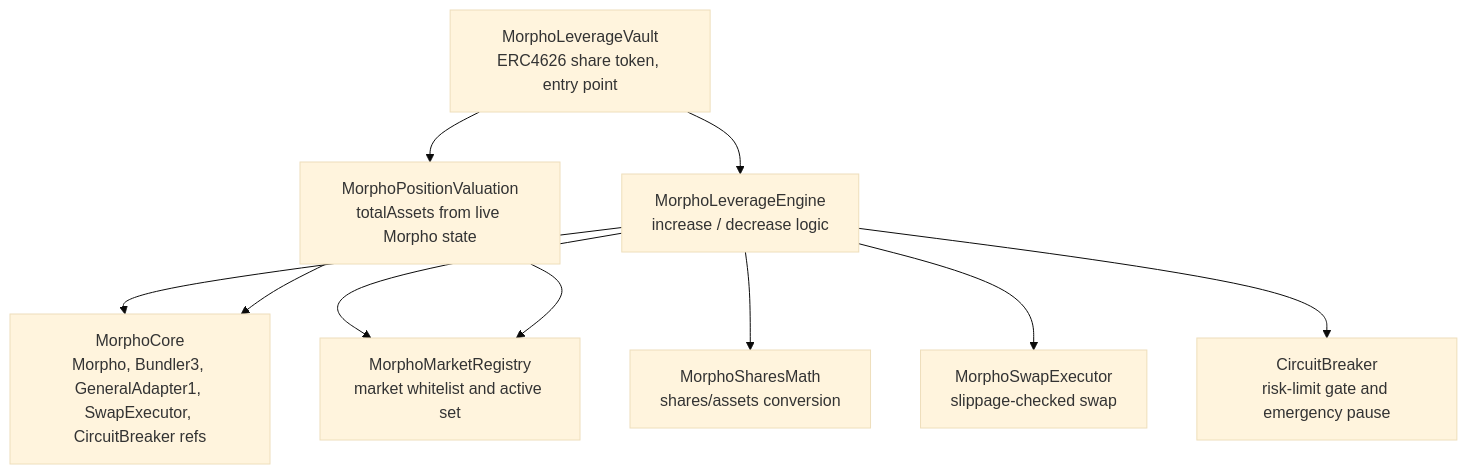
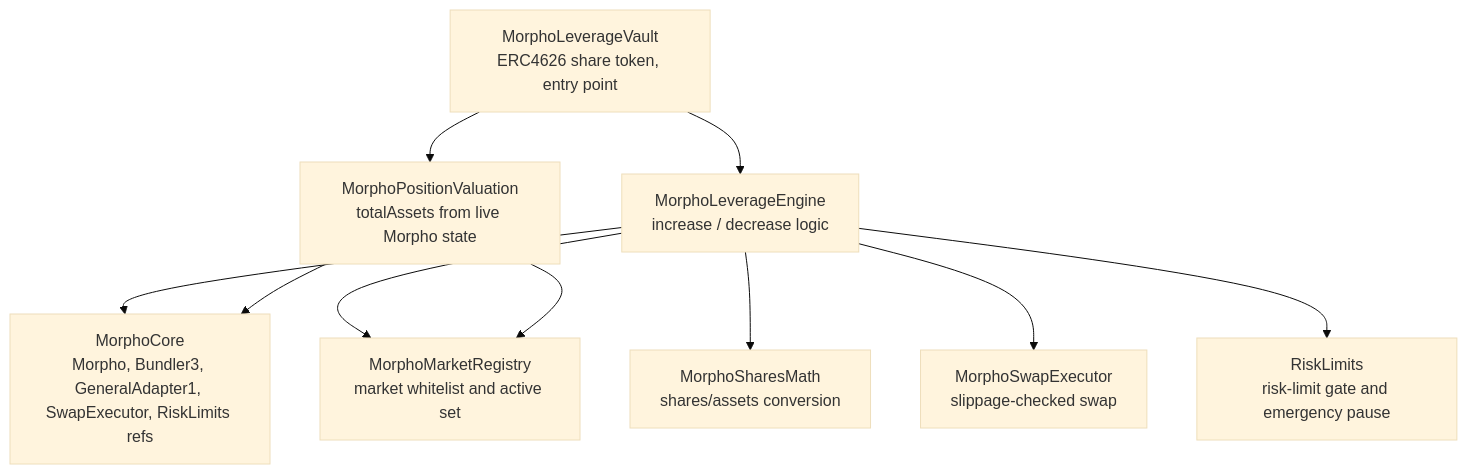
The first of 5 diagrams in README.md (pieakshat/Morpho-Controller), drawn with Mermaid (base theme) before and after one commit. The commit also changed other lines of this file and 16 other files, not shown here.

Commit message:
refactor: rename CircuitBreaker to RiskLimits, since it never self-trips and never blocks the decrease path

````diff
--- a/README.md
+++ b/README.md
@@ -23,13 +23,13 @@
 ```mermaid
 flowchart TD
     Vault["MorphoLeverageVault<br/>ERC4626 share token, entry point"]
     Vault --> Engine["MorphoLeverageEngine<br/>increase / decrease logic"]
     Vault --> Valuation["MorphoPositionValuation<br/>totalAssets from live Morpho state"]
-    Engine --> Core["MorphoCore<br/>Morpho, Bundler3, GeneralAdapter1, SwapExecutor, CircuitBreaker refs"]
+    Engine --> Core["MorphoCore<br/>Morpho, Bundler3, GeneralAdapter1, SwapExecutor, RiskLimits refs"]
     Engine --> Registry["MorphoMarketRegistry<br/>market whitelist and active set"]
     Engine --> SharesMath["MorphoSharesMath<br/>shares/assets conversion"]
     Engine --> SwapExec["MorphoSwapExecutor<br/>slippage-checked swap"]
-    Engine --> Breaker["CircuitBreaker<br/>risk-limit gate and emergency pause"]
+    Engine --> Limits["RiskLimits<br/>risk-limit gate and emergency pause"]
     Valuation --> Core
     Valuation --> Registry
 ```
````
